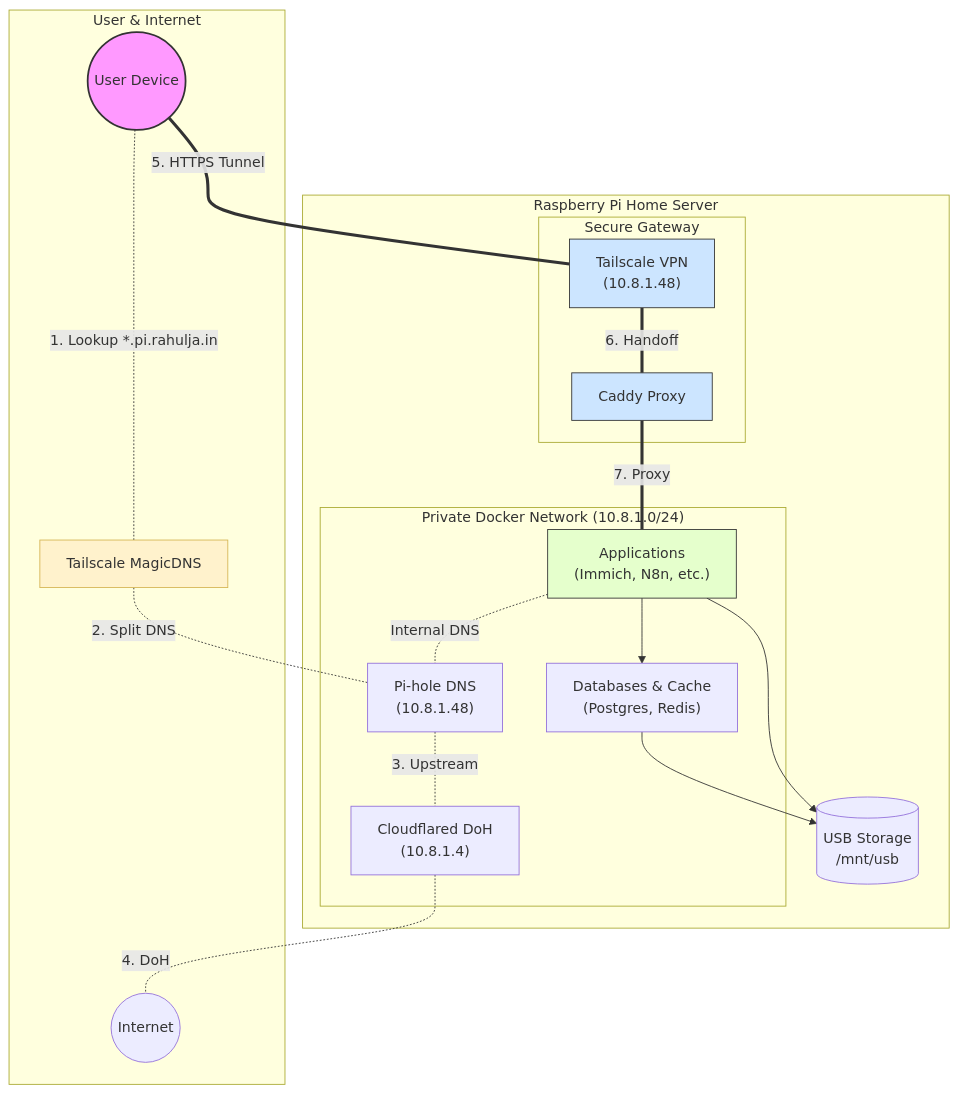
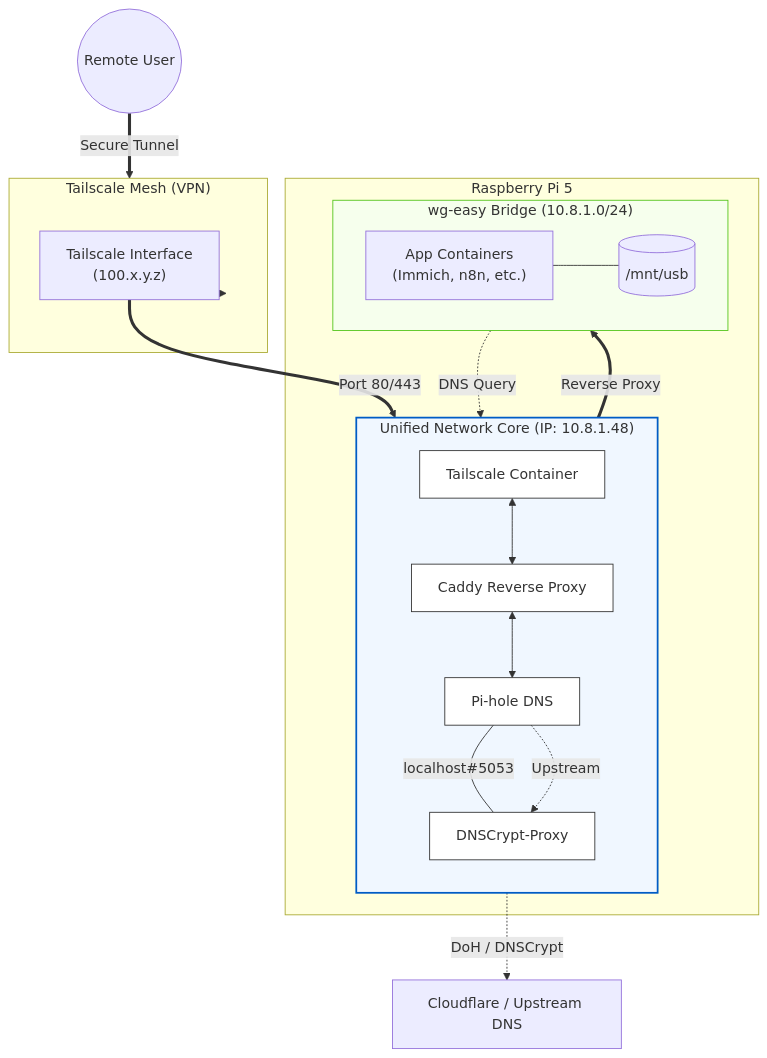
Before and after one commit to xRahul/Pi-setup: the diagram in README.md, drawn with Mermaid. The commit also changed other lines of this file and 3 other files, not shown here.

````diff
--- a/README.md
+++ b/README.md
@@ -19,53 +19,57 @@
 ```mermaid
 graph TD
-    %% --- Clients & External ---
-    subgraph Remote ["User & Internet"]
-        user((User Device))
-        magicdns[Tailscale MagicDNS]
-        internet((Internet))
+    %% --- External ---
+    User((Remote User))
+    CF_DNS[Cloudflare / Upstream DNS]
+
+    subgraph TS_Mesh ["Tailscale Mesh (VPN)"]
+        TS_Interface["Tailscale Interface<br/>(100.x.y.z)"]
     end
 
     %% --- The Server ---
-    subgraph Server ["Raspberry Pi Home Server"]
+    subgraph RPi ["Raspberry Pi 5"]
         
-        %% Entry Point
-        subgraph Gateway ["Secure Gateway"]
-            ts["Tailscale VPN<br/>(10.8.1.48)"]
-            caddy[Caddy Proxy]
+        subgraph Unified_Core ["Unified Network Core (IP: 10.8.1.48)"]
+            direction TB
+            TS_Client[Tailscale Container]
+            Caddy[Caddy Reverse Proxy]
+            Pihole[Pi-hole DNS]
+            DNSCrypt[DNSCrypt-Proxy]
+            
+            %% Internal Core Links
+            TS_Client <--> Caddy
+            Caddy <--> Pihole
+            Pihole ---|localhost#5053| DNSCrypt
         end
 
-        %% Internal Network
-        subgraph Internal ["Private Docker Network (10.8.1.0/24)"]
-            pihole["Pi-hole DNS<br/>(10.8.1.48)"]
-            cloudflared["Cloudflared DoH<br/>(10.8.1.4)"]
-            apps["Applications<br/>(Immich, N8n, etc.)"]
-            db["Databases & Cache<br/>(Postgres, Redis)"]
+        subgraph Bridge_Net ["wg-easy Bridge (10.8.1.0/24)"]
+            direction LR
+            Apps["App Containers<br/>(Immich, n8n, etc.)"]
+            Storage[("/mnt/usb")]
         end
-        
-        storage[("USB Storage<br/>/mnt/usb")]
     end
 
-    %% --- FLOW 1: DNS Resolution (Dotted) ---
-    user -.-|1. Lookup *.pi.rahulja.in| magicdns
-    magicdns -.-|2. Split DNS| pihole
-    apps -.-|Internal DNS| pihole
-    pihole -.-|3. Upstream| cloudflared
-    cloudflared -.-|4. DoH| internet
+    %% --- Traffic Flows ---
+    
+    %% Flow 1: External Access
+    User ==>|Secure Tunnel| TS_Mesh
+    TS_Mesh ==> TS_Interface
+    TS_Interface ==>|Port 80/443| Caddy
+    Caddy ==>|Reverse Proxy| Apps
 
-    %% --- FLOW 2: Secure Access (Solid / Thick) ---
-    user ===|5. HTTPS Tunnel| ts
-    ts ===|6. Handoff| caddy
-    caddy ===|7. Proxy| apps
-
-    %% --- Dependencies ---
-    apps --> db
-    apps --> storage
-    db --> storage
-
-    %% --- Styling ---
-    style user fill:#f9f,stroke:#333,stroke-width:2px
-    style magicdns fill:#fff2cc,stroke:#d6b656
-    style ts fill:#cce5ff,stroke:#333
-    style caddy fill:#cce5ff,stroke:#333
-    style apps fill:#e5ffcc,stroke:#333
+    %% Flow 2: Internal DNS
+    Apps -.->|DNS Query| Pihole
+    Pihole -.->|Upstream| DNSCrypt
+    DNSCrypt -.->|DoH / DNSCrypt| CF_DNS
+    
+    %% Flow 3: Storage
+    Apps --- Storage
+    
+    %% Styling
+    style Unified_Core fill:#f0f7ff,stroke:#005cc5,stroke-width:2px
+    style TS_Client fill:#fff,stroke:#333
+    style Caddy fill:#fff,stroke:#333
+    style Pihole fill:#fff,stroke:#333
+    style DNSCrypt fill:#fff,stroke:#333
+    style Bridge_Net fill:#f6ffed,stroke:#52c41a
 ```
````
